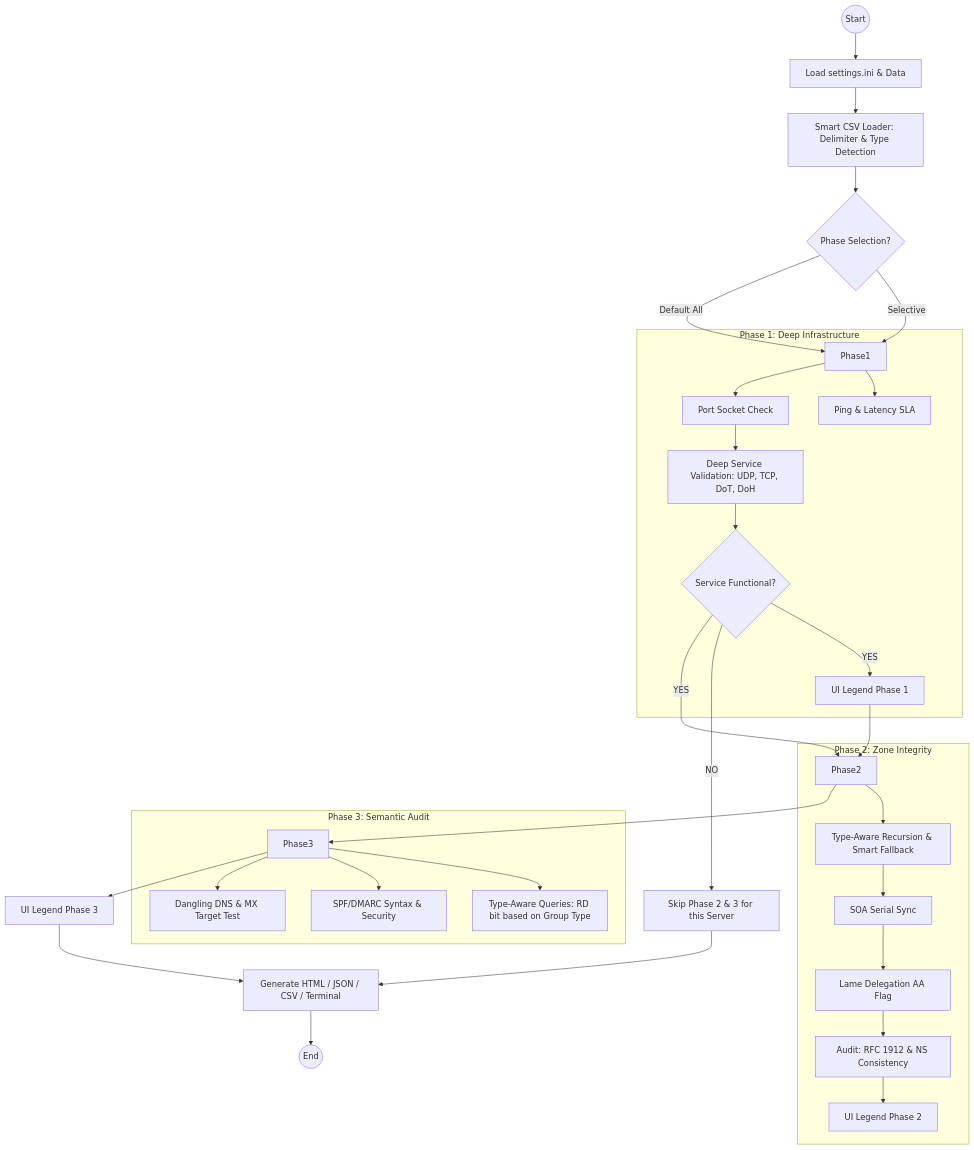
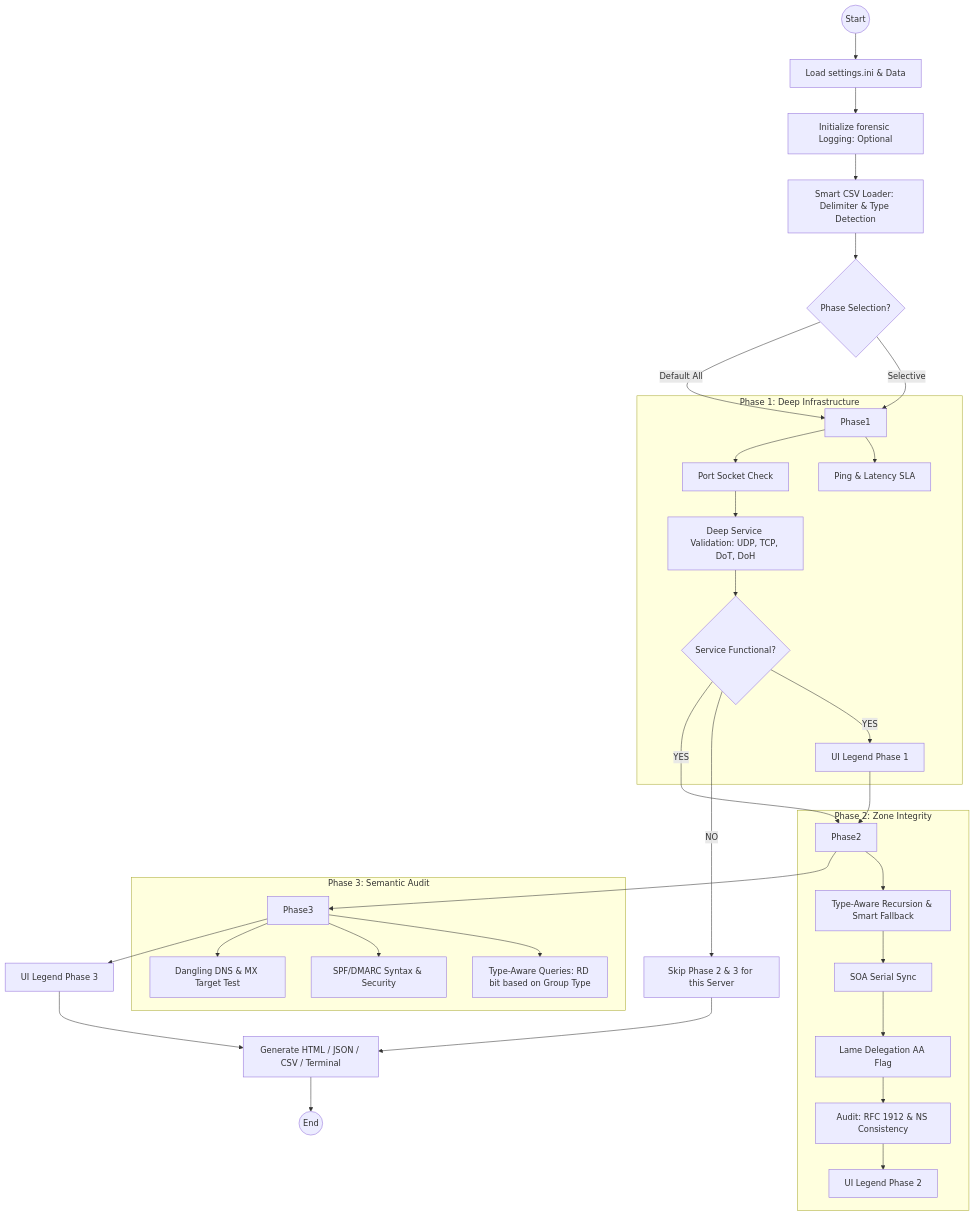
One commit to flashbsb/friendly_dns_reporter changed the diagram in README.md. Above: the diagram before and after it, drawn with Mermaid. The commit also changed other lines of this file and 9 other files, not shown here.

````diff
--- a/README.md
+++ b/README.md
@@ -30,43 +31,44 @@
 ```mermaid
 graph TD
     Start((Start)) --> LoadConfig[Load settings.ini & Data]
-    LoadConfig --> SmartLoad[Smart CSV Loader: Delimiter & Type Detection]
+    LoadConfig --> Logging[Initialize forensic Logging: Optional]
+    Logging --> SmartLoad[Smart CSV Loader: Delimiter & Type Detection]
     SmartLoad --> PhaseSelect{Phase Selection?}
     
     PhaseSelect -- Selective --> Phase1
     PhaseSelect -- Default All --> Phase1
 
     subgraph "Phase 1: Deep Infrastructure"
         Phase1 --> Ping[Ping & Latency SLA]
         Phase1 --> PortCheck[Port Socket Check]
         PortCheck --> ServiceCheck[Deep Service Validation: UDP, TCP, DoT, DoH]
         ServiceCheck --> CircuitBreaker{Service Functional?}
         CircuitBreaker -- YES --> Legend1[UI Legend Phase 1]
     end
 
     Legend1 --> Phase2
 
     CircuitBreaker -- NO --> Skip[Skip Phase 2 & 3 for this Server]
     CircuitBreaker -- YES --> Phase2
 
     subgraph "Phase 2: Zone Integrity"
         Phase2 --> Recursion[Type-Aware Recursion & Smart Fallback]
         Recursion --> Sync[SOA Serial Sync]
         Sync --> AA[Lame Delegation AA Flag]
         AA --> Advanced[Audit: RFC 1912 & NS Consistency]
         Advanced --> Legend2[UI Legend Phase 2]
     end
 
     Phase2 --> Phase3
 
     subgraph "Phase 3: Semantic Audit"
         Phase3 --> Parallel[Type-Aware Queries: RD bit based on Group Type]
         Phase3 --> Semantic[SPF/DMARC Syntax & Security]
         Phase3 --> Chain[Dangling DNS & MX Target Test]
     end
 
     Phase3 --> Legend3[UI Legend Phase 3]
     Legend3 --> Reports[Generate HTML / JSON / CSV / Terminal]
     Reports --> End((End))
     Skip --> Reports
 ```
````
